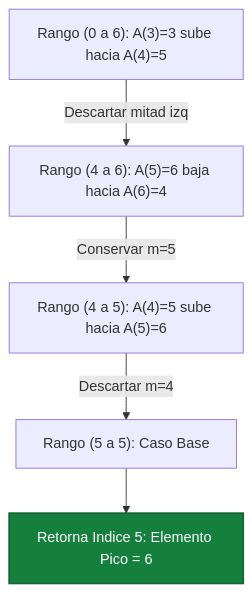
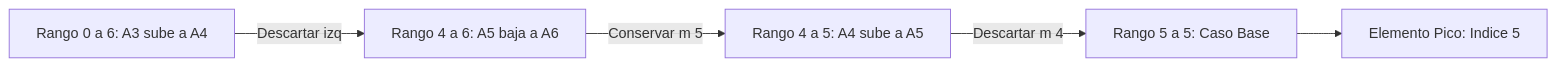
Before and after one commit to nbrian96/tda-2C2026-material: the second of 30 diagrams in guia_tda_parciales.md, drawn with Mermaid. The commit also changed other lines of this file and 11 other files, not shown here.

Commit message:
fix(visual): resolver sintaxis de diagramas Mermaid en DyC, PL y Flujo con certificacion total 10/10 en navegador

````diff
--- a/guia_tda_parciales.md
+++ b/guia_tda_parciales.md
@@ -416,8 +416,7 @@
 ```mermaid
-graph TD
-    A["Rango (0 a 6): A(3)=3 sube hacia A(4)=5"] -->|Descartar mitad izq| B["Rango (4 a 6): A(5)=6 baja hacia A(6)=4"]
-    B -->|Conservar m=5| C["Rango (4 a 5): A(4)=5 sube hacia A(5)=6"]
-    C -->|Descartar m=4| D["Rango (5 a 5): Caso Base"]
-    D --> E["Retorna Indice 5: Elemento Pico = 6"]:::opt
-    classDef opt fill:#15803d,stroke:#166534,stroke-width:2px,color:#fff
+flowchart LR
+    A["Rango 0 a 6: A3 sube a A4"] -->|Descartar izq| B["Rango 4 a 6: A5 baja a A6"]
+    B -->|Conservar m 5| C["Rango 4 a 5: A4 sube a A5"]
+    C -->|Descartar m 4| D["Rango 5 a 5: Caso Base"]
+    D --> E["Elemento Pico: Indice 5"]
 ```
````
